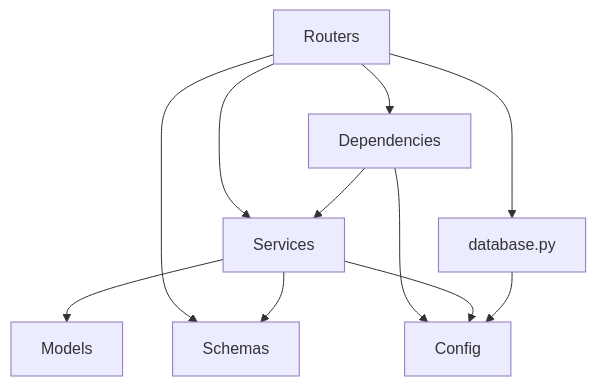
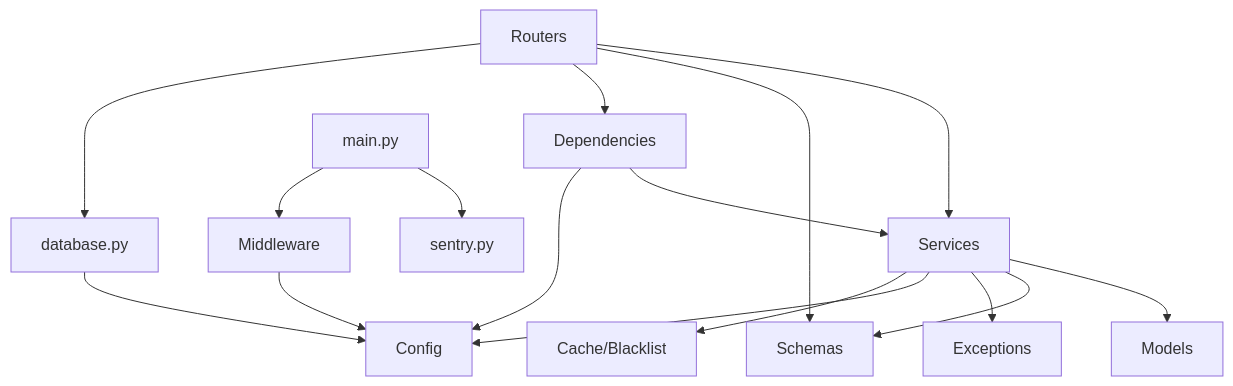
One commit to sb0126/moku-archive changed the diagram in .agents/skills/backend-dev-guidelines/resources/architecture-overview.md. Above: the diagram before and after it, drawn with Mermaid. The commit also changed other lines of this file and 30 other files, not shown here.

````diff
--- a/.agents/skills/backend-dev-guidelines/resources/architecture-overview.md
+++ b/.agents/skills/backend-dev-guidelines/resources/architecture-overview.md
@@ -75,13 +103,18 @@
 ```mermaid
 graph TD
     R[Routers] --> S[Services]
     R --> SC[Schemas]
     R --> D[Dependencies]
     S --> M[Models]
     S --> SC
+    S --> EX[Exceptions]
     D --> S
     D --> C[Config]
     S --> C
+    S --> CA[Cache/Blacklist]
     DB[database.py] --> C
     R --> DB
+    MAIN[main.py] --> SENTRY[sentry.py]
+    MAIN --> MW[Middleware]
+    MW --> C
 ```
````
